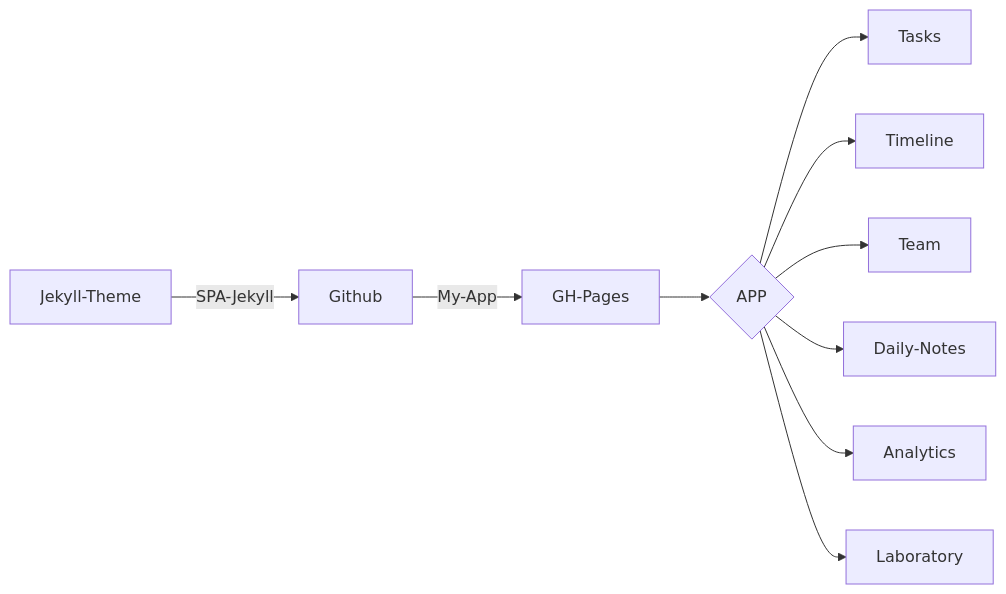
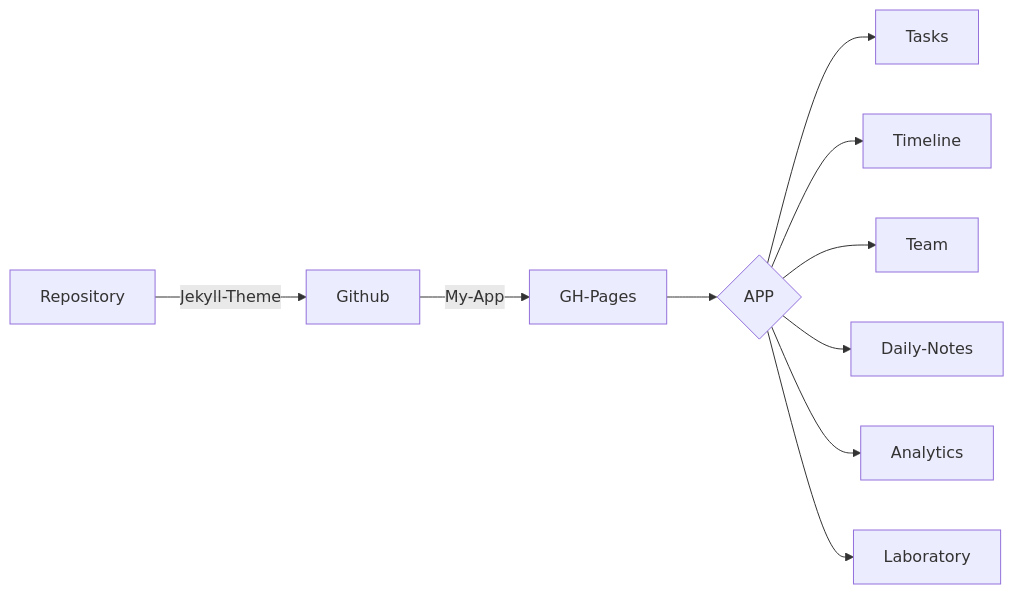
The diagram in README.md (SauloCandeira/SPA-Jekyll), drawn with Mermaid before and after one commit. The commit also changed other lines of this file, not shown here.

````diff
--- a/README.md
+++ b/README.md
@@ -16,14 +16,14 @@
 ```mermaid
 flowchart LR
-X[Jekyll-Theme] -->|SPA-Jekyll| A[Github]
+X[Repository] -->|Jekyll-Theme| A[Jekyll]
 A[Github] -->|My-App| B[GH-Pages]
 
 B --> C{APP}
 C --> J[Tasks]
 C --> K[Timeline]
 C --> L[Team]
 C --> M[Daily-Notes]
 C --> N[Analytics]
 C --> O[Laboratory]
 
 ```
````
